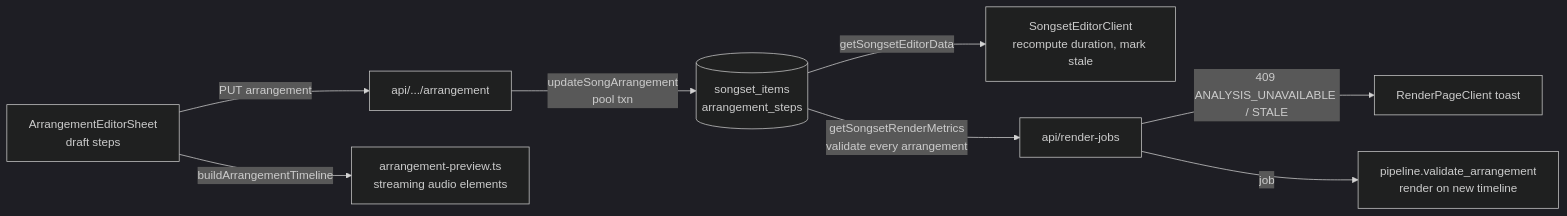
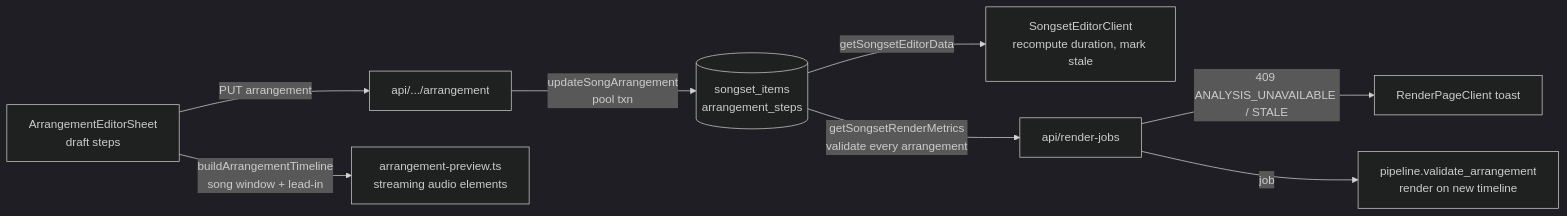
The diagram in docs/song-arrangement-editor-files.md (mhuang74/stream_of_worship), drawn with Mermaid (dark theme) before and after one commit. The commit also changed other lines of this file and 6 other files, not shown here.

First line of the commit message:
feat(webapp): lyrics-first arrangement editor with song-scoped preview

````diff
--- a/docs/song-arrangement-editor-files.md
+++ b/docs/song-arrangement-editor-files.md
@@ -56,10 +56,10 @@
 ```mermaid
 flowchart LR
   sheet[ArrangementEditorSheet<br/>draft steps] -->|PUT arrangement| route[api/.../arrangement]
   route -->|updateSongArrangement<br/>pool txn| db[(songset_items<br/>arrangement_steps)]
   db -->|getSongsetEditorData| client[SongsetEditorClient<br/>recompute duration, mark stale]
   db -->|getSongsetRenderMetrics<br/>validate every arrangement| render[api/render-jobs]
   render -->|409 ANALYSIS_UNAVAILABLE / STALE| renderPage[RenderPageClient toast]
   render -->|job| worker[pipeline.validate_arrangement<br/>render on new timeline]
-  sheet -->|buildArrangementTimeline| preview[arrangement-preview.ts<br/>streaming audio elements]
+  sheet -->|buildArrangementTimeline<br/>song window + lead-in| preview[arrangement-preview.ts<br/>streaming audio elements]
 ```
````
